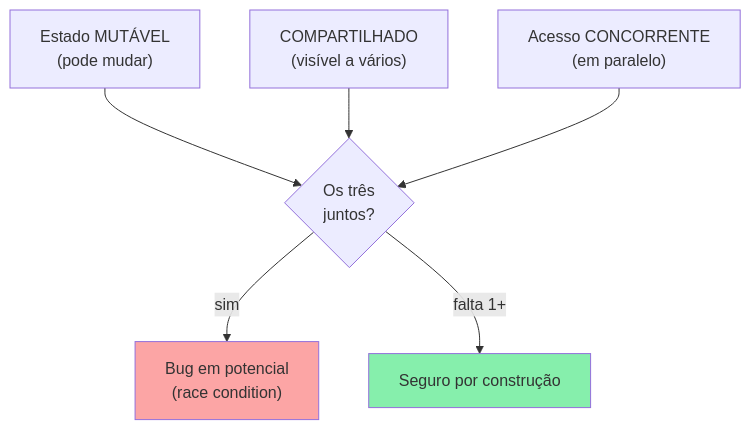
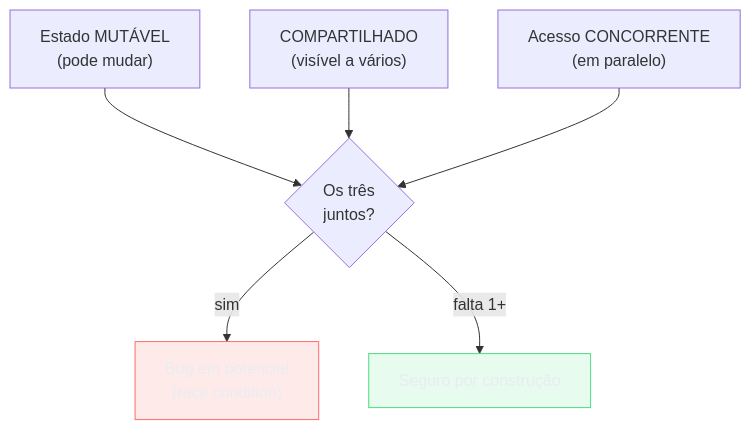
Before and after one commit to josenaldo/codex-technomanticus: the first of 6 diagrams in 03-Dominios/Ciência/Concorrência e Paralelismo/03 - Estado compartilhado e race conditions.md, drawn with Mermaid. The commit also changed other lines of this file and 1181 other files, not shown here.

First line of the commit message:
fix(diagramas): paleta do sistema no lugar de cor cravada no markdown

````diff
--- a/03-Dominios/Ciência/Concorrência e Paralelismo/03 - Estado compartilhado e race conditions.md
+++ b/03-Dominios/Ciência/Concorrência e Paralelismo/03 - Estado compartilhado e race conditions.md
@@ -28,11 +28,13 @@
 ```mermaid
 flowchart TD
+    classDef falha fill:#FF6B6B24,stroke:#FF6B6B,color:#E9ECF2
+    classDef ok fill:#4ADE8021,stroke:#4ADE80,color:#E9ECF2
     A["Estado MUTÁVEL<br/>(pode mudar)"] --> X{"Os três<br/>juntos?"}
     B["COMPARTILHADO<br/>(visível a vários)"] --> X
     C["Acesso CONCORRENTE<br/>(em paralelo)"] --> X
     X -->|sim| BUG["Bug em potencial<br/>(race condition)"]
     X -->|"falta 1+"| OK["Seguro por construção"]
 
-    style BUG fill:#fca5a5
-    style OK fill:#86efac
+    class BUG falha
+    class OK ok
 ```
````
